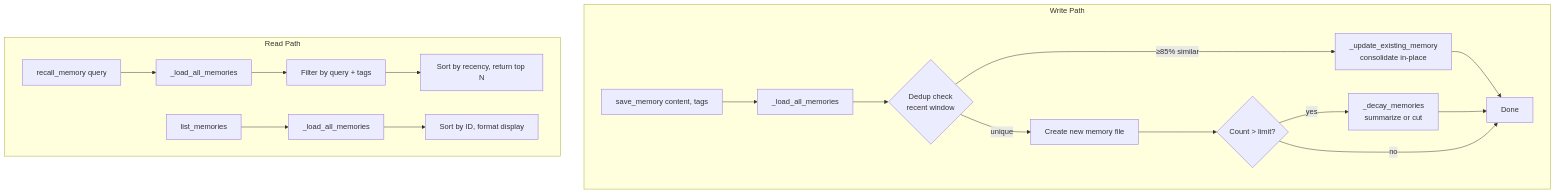
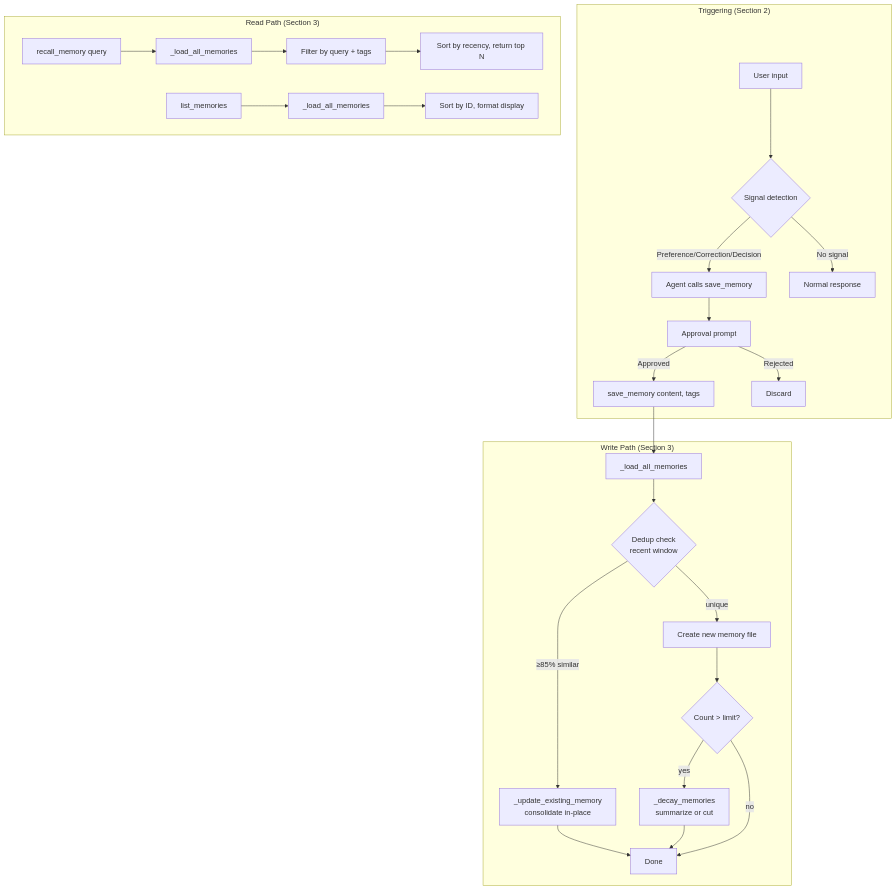
The diagram in docs/DESIGN-14-memory-lifecycle-system.md (binlecode/co-cli), drawn with Mermaid before and after one commit. The commit also changed other lines of this file and 47 other files, not shown here.

````diff
--- a/docs/DESIGN-14-memory-lifecycle-system.md
+++ b/docs/DESIGN-14-memory-lifecycle-system.md
@@ -25,23 +25,32 @@
 ```mermaid
 flowchart TD
-    subgraph Write Path
+    subgraph trigger["Triggering (Section 2)"]
+        U[User input] --> V{Signal detection}
+        V -->|Preference/Correction/Decision| W[Agent calls save_memory]
+        V -->|No signal| X[Normal response]
+        W --> Y[Approval prompt]
+        Y -->|Approved| A
+        Y -->|Rejected| Z[Discard]
+    end
+
+    subgraph write["Write Path (Section 3)"]
         A[save_memory content, tags] --> B[_load_all_memories]
         B --> C{Dedup check<br/>recent window}
         C -->|≥85% similar| D[_update_existing_memory<br/>consolidate in-place]
         C -->|unique| E[Create new memory file]
         E --> F{Count > limit?}
         F -->|yes| G[_decay_memories<br/>summarize or cut]
         F -->|no| H[Done]
         D --> H
         G --> H
     end
 
-    subgraph Read Path
+    subgraph read["Read Path (Section 3)"]
         I[recall_memory query] --> J[_load_all_memories]
         J --> K[Filter by query + tags]
         K --> L[Sort by recency, return top N]
 
         M[list_memories] --> N[_load_all_memories]
         N --> O[Sort by ID, format display]
     end
 ```
````
